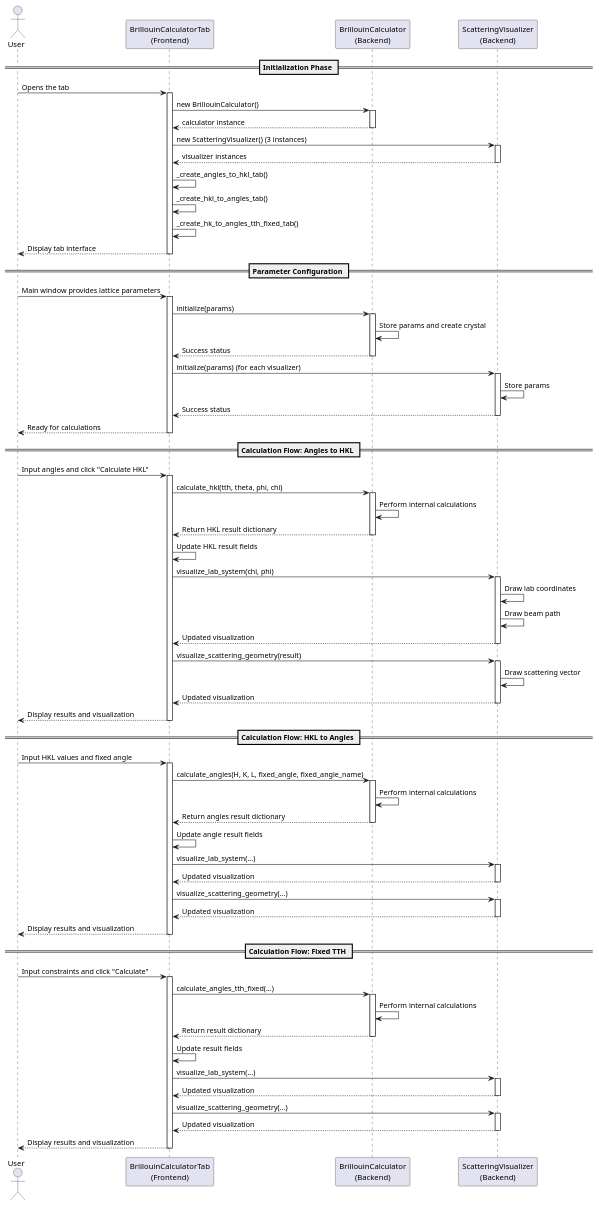
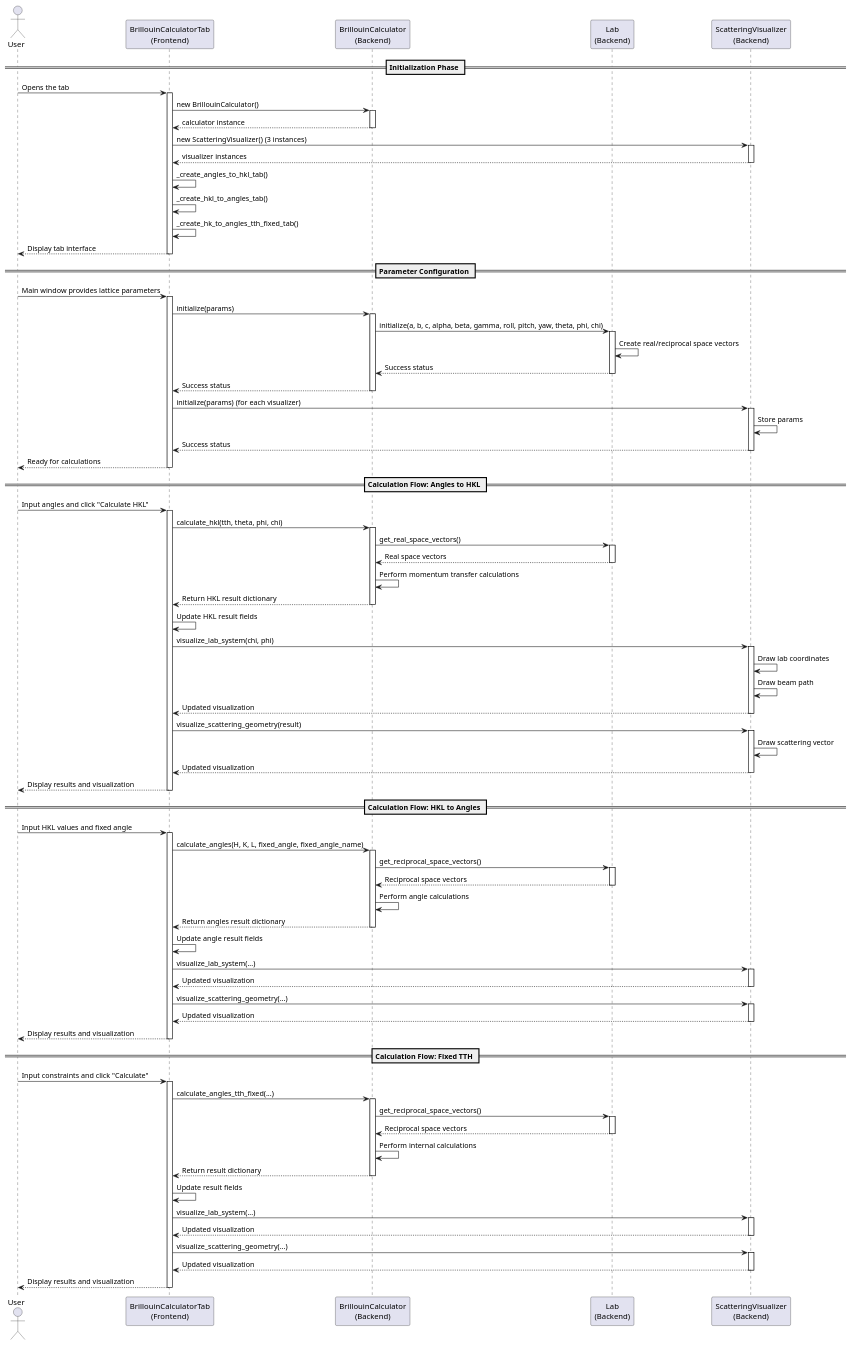
One commit to HongXunyang/rixs_pre_toolbox changed the second of 2 diagrams in uml/brillouin_calculator.puml. Above: the diagram before and after it, drawn with PlantUML. The commit also changed other lines of this file and 11 other files, not shown here.

```diff
--- a/uml/brillouin_calculator.puml
+++ b/uml/brillouin_calculator.puml
@@ -79,116 +98,133 @@
 @startuml Brillouin Calculator - Interaction Sequence
 
 actor User
 participant "BrillouinCalculatorTab\n(Frontend)" as UI
 participant "BrillouinCalculator\n(Backend)" as Calc
+participant "Lab\n(Backend)" as Lab
 participant "ScatteringVisualizer\n(Backend)" as Vis
 
 == Initialization Phase ==
 User -> UI: Opens the tab
 activate UI
 UI -> Calc: new BrillouinCalculator()
 activate Calc
 Calc --> UI: calculator instance
 deactivate Calc
 
 UI -> Vis: new ScatteringVisualizer() (3 instances)
 activate Vis
 Vis --> UI: visualizer instances
 deactivate Vis
 
 UI -> UI: _create_angles_to_hkl_tab()
 UI -> UI: _create_hkl_to_angles_tab()
 UI -> UI: _create_hk_to_angles_tth_fixed_tab()
 UI --> User: Display tab interface
 deactivate UI
 
 == Parameter Configuration ==
 User -> UI: Main window provides lattice parameters
 activate UI
 UI -> Calc: initialize(params)
 activate Calc
-Calc -> Calc: Store params and create crystal
+Calc -> Lab: initialize(a, b, c, alpha, beta, gamma, roll, pitch, yaw, theta, phi, chi)
+activate Lab
+Lab -> Lab: Create real/reciprocal space vectors
+Lab --> Calc: Success status
+deactivate Lab
 Calc --> UI: Success status
 deactivate Calc
 
 UI -> Vis: initialize(params) (for each visualizer)
 activate Vis
 Vis -> Vis: Store params
 Vis --> UI: Success status
 deactivate Vis
 UI --> User: Ready for calculations
 deactivate UI
 
 == Calculation Flow: Angles to HKL ==
 User -> UI: Input angles and click "Calculate HKL"
 activate UI
 UI -> Calc: calculate_hkl(tth, theta, phi, chi)
 activate Calc
-Calc -> Calc: Perform internal calculations
+Calc -> Lab: get_real_space_vectors()
+activate Lab
+Lab --> Calc: Real space vectors
+deactivate Lab
+Calc -> Calc: Perform momentum transfer calculations
 Calc --> UI: Return HKL result dictionary
 deactivate Calc
 
 UI -> UI: Update HKL result fields
 UI -> Vis: visualize_lab_system(chi, phi)
 activate Vis
 Vis -> Vis: Draw lab coordinates
 Vis -> Vis: Draw beam path
 Vis --> UI: Updated visualization
 deactivate Vis
 
 UI -> Vis: visualize_scattering_geometry(result)
 activate Vis
 Vis -> Vis: Draw scattering vector
 Vis --> UI: Updated visualization
 deactivate Vis
 
 UI --> User: Display results and visualization
 deactivate UI
 
 == Calculation Flow: HKL to Angles ==
 User -> UI: Input HKL values and fixed angle
 activate UI
 UI -> Calc: calculate_angles(H, K, L, fixed_angle, fixed_angle_name)
 activate Calc
-Calc -> Calc: Perform internal calculations
+Calc -> Lab: get_reciprocal_space_vectors()
+activate Lab
+Lab --> Calc: Reciprocal space vectors
+deactivate Lab
+Calc -> Calc: Perform angle calculations
 Calc --> UI: Return angles result dictionary
 deactivate Calc
 
 UI -> UI: Update angle result fields
 UI -> Vis: visualize_lab_system(...)
 activate Vis
 Vis --> UI: Updated visualization
 deactivate Vis
 
 UI -> Vis: visualize_scattering_geometry(...)
 activate Vis
 Vis --> UI: Updated visualization
 deactivate Vis
 
 UI --> User: Display results and visualization
 deactivate UI
 
 == Calculation Flow: Fixed TTH ==
 User -> UI: Input constraints and click "Calculate"
 activate UI
 UI -> Calc: calculate_angles_tth_fixed(...)
 activate Calc
+Calc -> Lab: get_reciprocal_space_vectors()
+activate Lab
+Lab --> Calc: Reciprocal space vectors
+deactivate Lab
 Calc -> Calc: Perform internal calculations
 Calc --> UI: Return result dictionary
 deactivate Calc
 
 UI -> UI: Update result fields
 UI -> Vis: visualize_lab_system(...)
 activate Vis
 Vis --> UI: Updated visualization
 deactivate Vis
 
 UI -> Vis: visualize_scattering_geometry(...)
 activate Vis
 Vis --> UI: Updated visualization
 deactivate Vis
 
 UI --> User: Display results and visualization
 deactivate UI
 
 @enduml 
```
